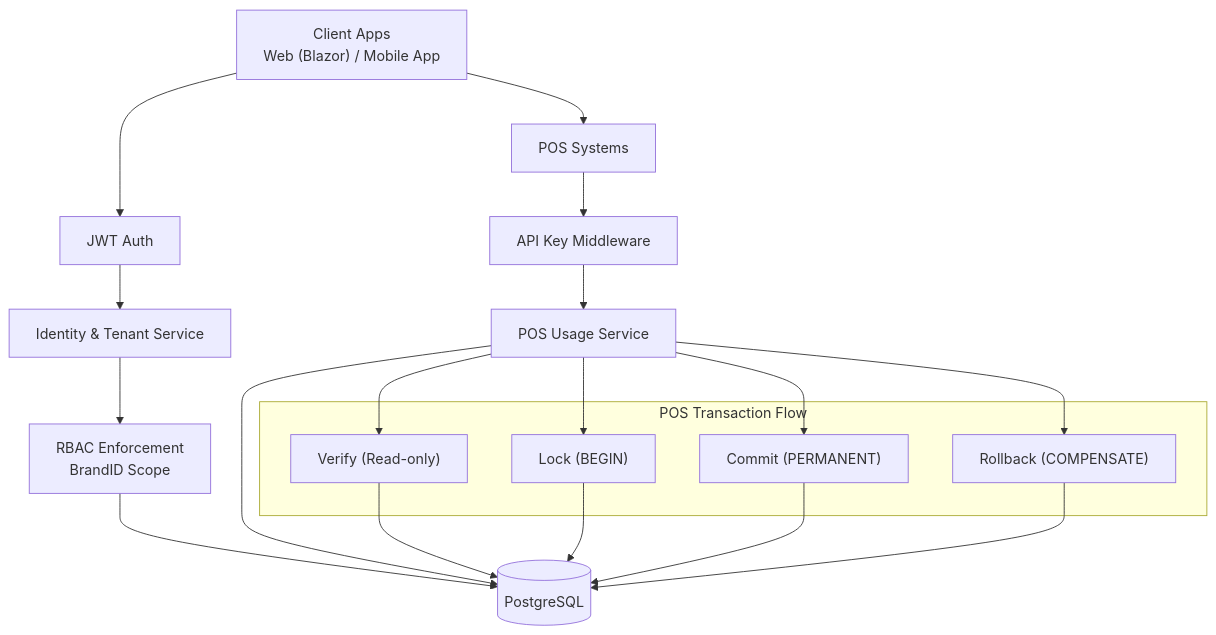
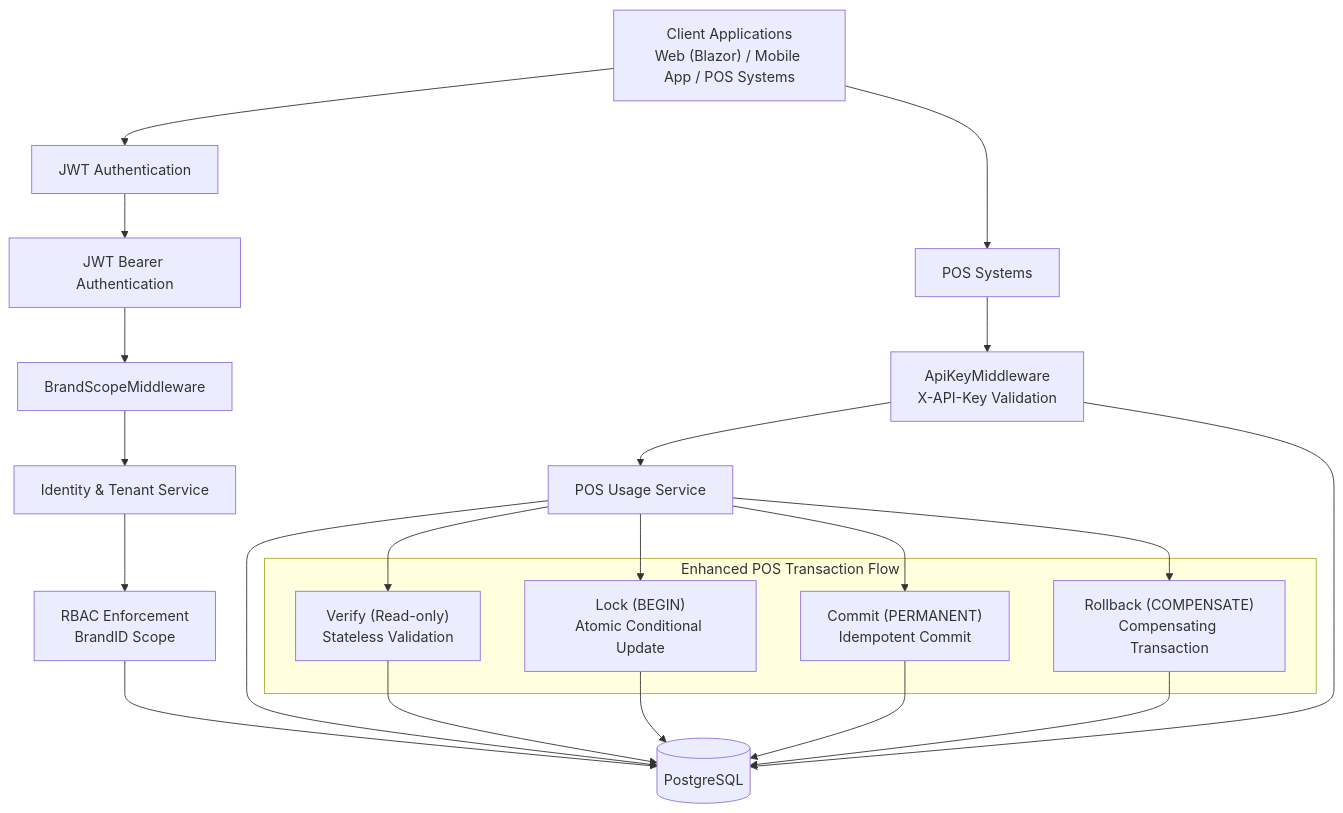
One commit to lamhongbac/NonCash changed the second of 8 diagrams in .qoder/repowiki/en/content/System Architecture/Security Architecture.md. Above: the diagram before and after it, drawn with Mermaid. The commit also changed other lines of this file and 13 other files, not shown here.

````diff
--- a/.qoder/repowiki/en/content/System Architecture/Security Architecture.md
+++ b/.qoder/repowiki/en/content/System Architecture/Security Architecture.md
@@ -119,25 +167,28 @@
 ```mermaid
 graph TB
-Client["Client Apps<br/>Web (Blazor) / Mobile App"] --> Auth["JWT Auth"]
+Client["Client Applications<br/>Web (Blazor) / Mobile App / POS Systems"] --> Auth["JWT Authentication"]
 Client --> POS["POS Systems"]
-Auth --> IdentitySvc["Identity & Tenant Service"]
+Auth --> JWTMW["JWT Bearer Authentication"]
+JWTMW --> BrandMW["BrandScopeMiddleware"]
+BrandMW --> IdentitySvc["Identity & Tenant Service"]
 IdentitySvc --> RBAC["RBAC Enforcement<br/>BrandID Scope"]
-POS --> ApiKeyMW["API Key Middleware"]
+POS --> ApiKeyMW["ApiKeyMiddleware<br/>X-API-Key Validation"]
 ApiKeyMW --> PosSvc["POS Usage Service"]
 PosSvc --> DB[("PostgreSQL")]
 RBAC --> DB
-subgraph "POS Transaction Flow"
-Verify["Verify (Read-only)"]
-Lock["Lock (BEGIN)"]
-Commit["Commit (PERMANENT)"]
-Rollback["Rollback (COMPENSATE)"]
+ApiKeyMW --> DB
+subgraph "Enhanced POS Transaction Flow"
+Verify["Verify (Read-only)<br/>Stateless Validation"]
+Lock["Lock (BEGIN)<br/>Atomic Conditional Update"]
+Commit["Commit (PERMANENT)<br/>Idempotent Commit"]
+Rollback["Rollback (COMPENSATE)<br/>Compensating Transaction"]
 end
 PosSvc --> Verify
 PosSvc --> Lock
 PosSvc --> Commit
 PosSvc --> Rollback
 Verify --> DB
 Lock --> DB
 Commit --> DB
 Rollback --> DB
 ```
````
